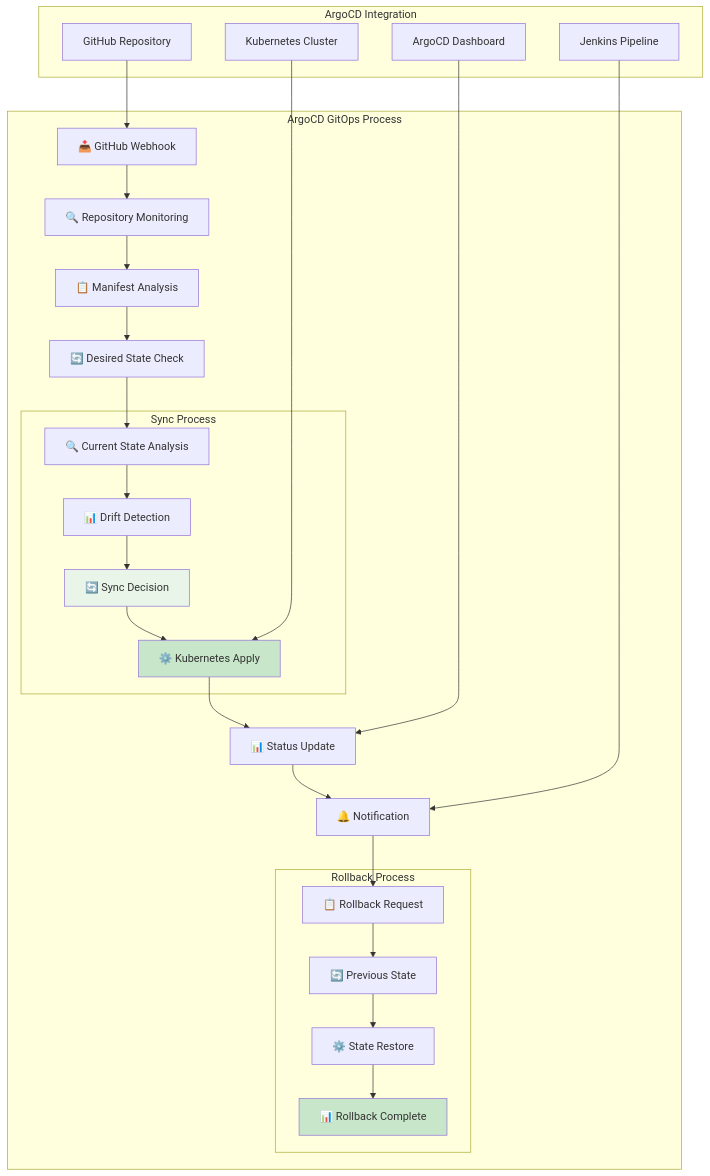
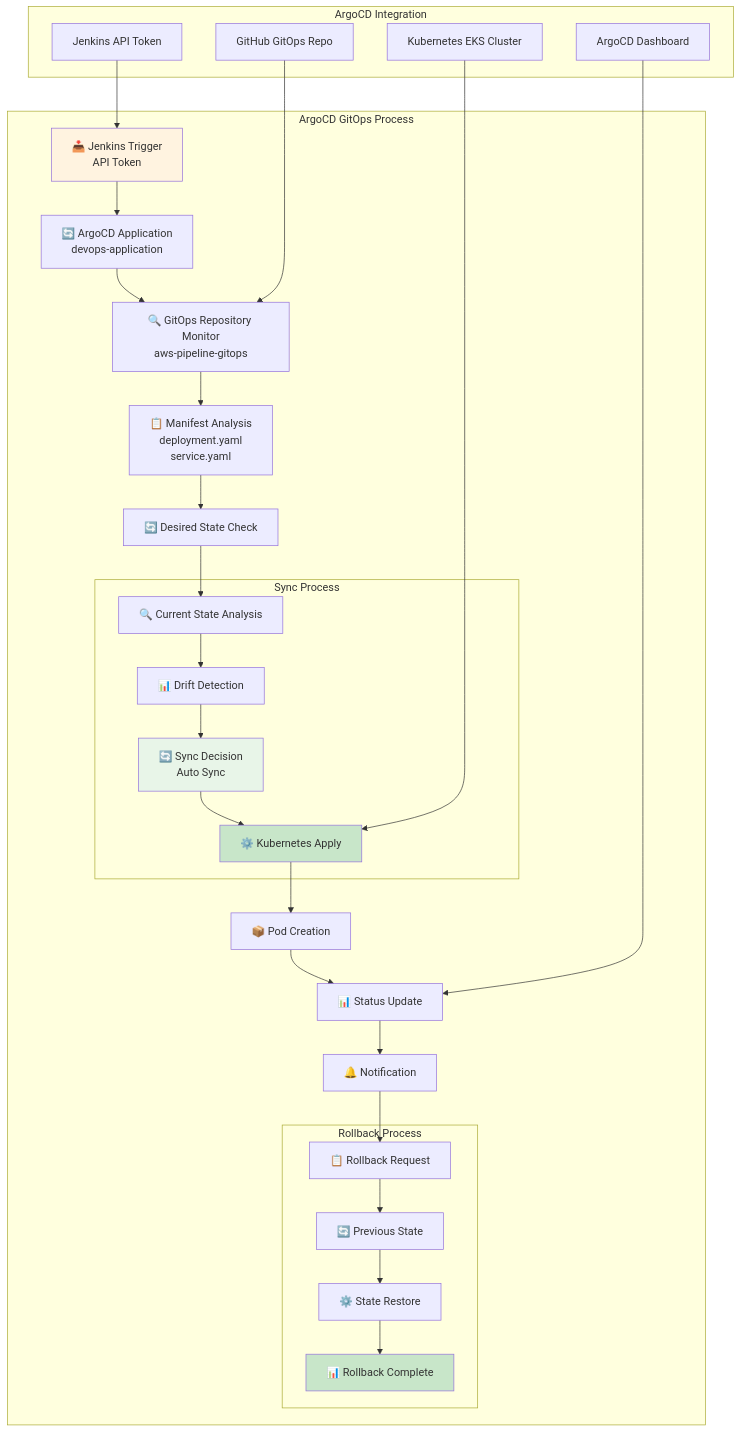
Before and after one commit to onurglr/aws-pipeline: the sixth of 9 diagrams in detailed-devops-diagrams.md, drawn with Mermaid. The commit also changed other lines of this file and 1 other file, not shown here.

````diff
--- a/detailed-devops-diagrams.md
+++ b/detailed-devops-diagrams.md
@@ -235,42 +222,45 @@
 ```mermaid
 graph TB
     subgraph "ArgoCD GitOps Process"
-        A[📥 GitHub Webhook] --> B[🔍 Repository Monitoring]
-        B --> C[📋 Manifest Analysis]
-        C --> D[🔄 Desired State Check]
+        A[📥 Jenkins Trigger<br/>API Token] --> B[🔄 ArgoCD Application<br/>devops-application]
+        B --> C[🔍 GitOps Repository Monitor<br/>aws-pipeline-gitops]
+        C --> D[📋 Manifest Analysis<br/>deployment.yaml<br/>service.yaml]
+        D --> E[🔄 Desired State Check]
         
         subgraph "Sync Process"
-            D1[🔍 Current State Analysis]
-            D2[📊 Drift Detection]
-            D3[🔄 Sync Decision]
-            D4[⚙️ Kubernetes Apply]
+            E1[🔍 Current State Analysis]
+            E2[📊 Drift Detection]
+            E3[🔄 Sync Decision<br/>Auto Sync]
+            E4[⚙️ Kubernetes Apply]
         end
         
-        D --> D1
-        D1 --> D2
-        D2 --> D3
-        D3 --> D4
+        E --> E1
+        E1 --> E2
+        E2 --> E3
+        E3 --> E4
         
-        D4 --> E[📊 Status Update]
-        E --> F[🔔 Notification]
+        E4 --> F[📦 Pod Creation]
+        F --> G[📊 Status Update]
+        G --> H[🔔 Notification]
         
         subgraph "Rollback Process"
-            G[📋 Rollback Request] --> H[🔄 Previous State]
-            H --> I[⚙️ State Restore]
-            I --> J[📊 Rollback Complete]
+            I[📋 Rollback Request] --> J[🔄 Previous State]
+            J --> K[⚙️ State Restore]
+            K --> L[📊 Rollback Complete]
         end
         
-        F --> G
+        H --> I
     end
     
     subgraph "ArgoCD Integration"
-        K[GitHub Repository] --> A
-        L[Kubernetes Cluster] --> D4
-        M[Jenkins Pipeline] --> F
-        N[ArgoCD Dashboard] --> E
+        M[Jenkins API Token] --> A
+        N[GitHub GitOps Repo] --> C
+        O[Kubernetes EKS Cluster] --> E4
+        P[ArgoCD Dashboard] --> G
     end
     
-    style D3 fill:#e8f5e8
-    style D4 fill:#c8e6c9
-    style J fill:#c8e6c9
+    style A fill:#fff3e0
+    style E3 fill:#e8f5e8
+    style E4 fill:#c8e6c9
+    style L fill:#c8e6c9
 ```
````
